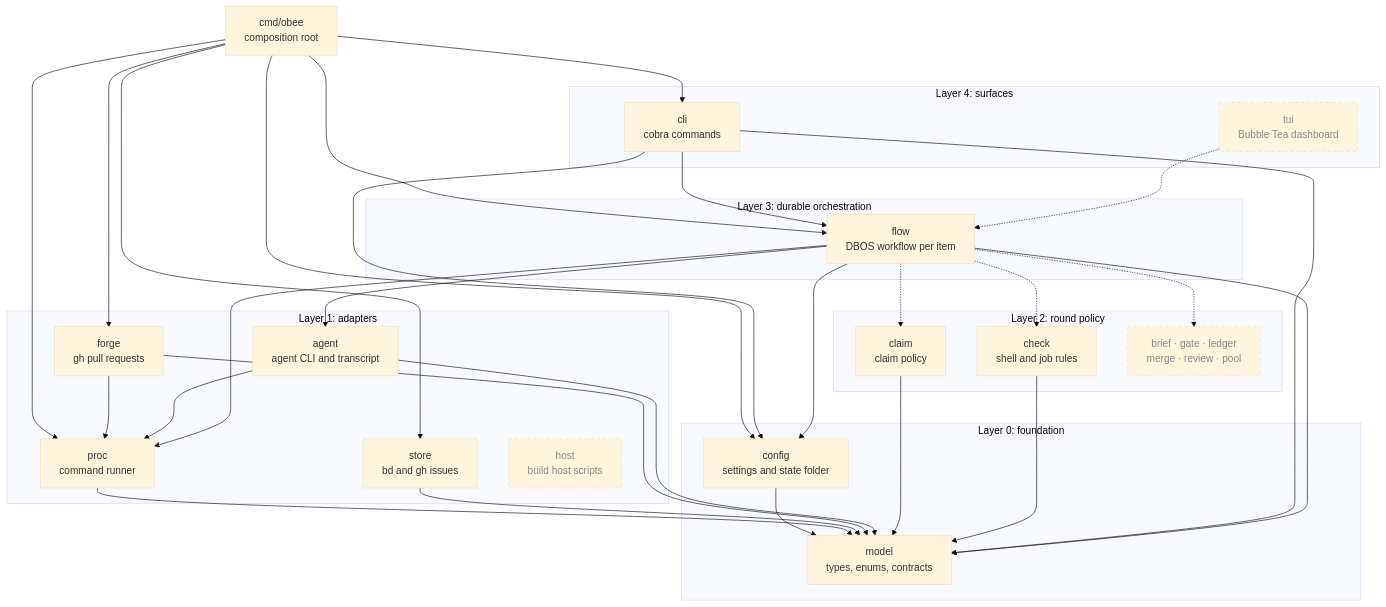
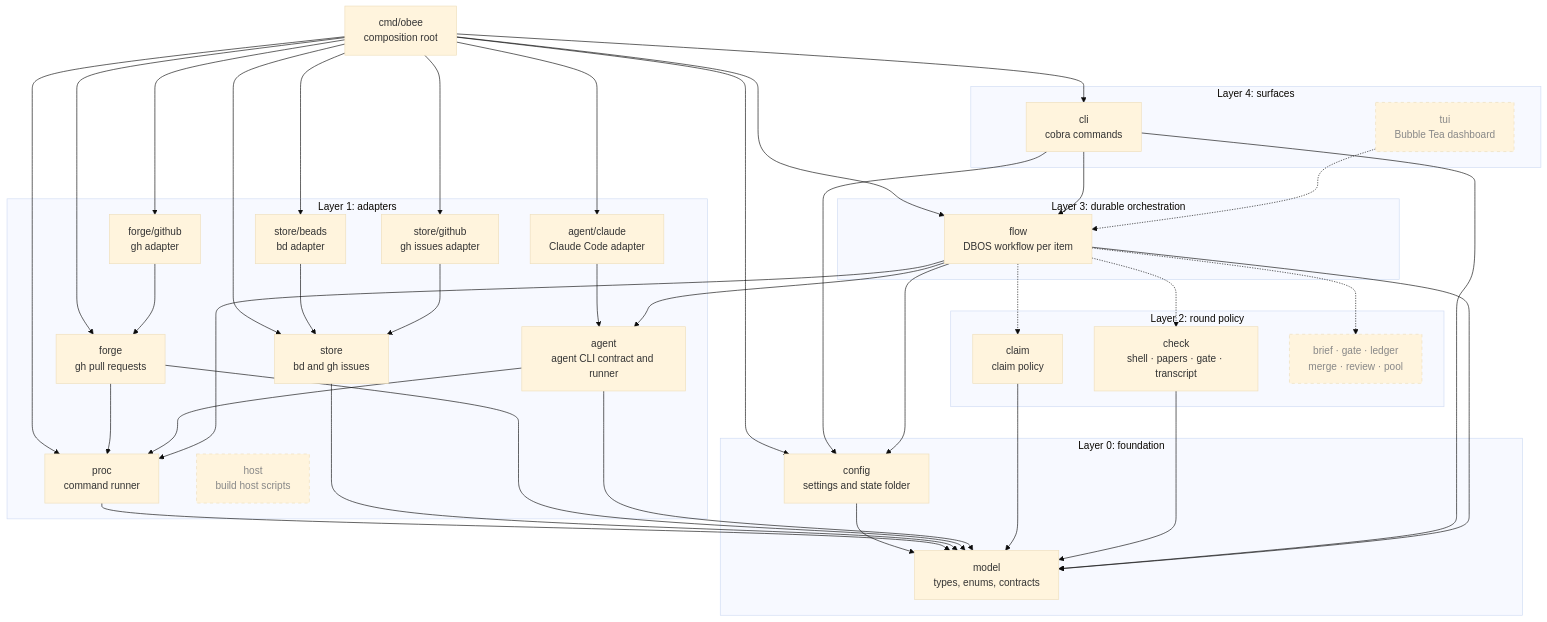
Before and after one commit to tobocop2/beehave: the first of 3 diagrams in docs/architecture.md, drawn with Mermaid (base theme). The commit also changed other lines of this file and 166 other files, not shown here.

````diff
--- a/docs/architecture.md
+++ b/docs/architecture.md
@@ -11,63 +11,75 @@
 ```mermaid
 flowchart TD
     main["cmd/obee<br/>composition root"]
 
     subgraph L4["Layer 4: surfaces"]
         cli["cli<br/>cobra commands"]
         tui["tui<br/>Bubble Tea dashboard"]:::planned
     end
 
     subgraph L3["Layer 3: durable orchestration"]
         flow["flow<br/>DBOS workflow per item"]
     end
 
     subgraph L2["Layer 2: round policy"]
         claim["claim<br/>claim policy"]
-        check["check<br/>shell and job rules"]
+        check["check<br/>shell · papers · gate · transcript"]
         policy["brief · gate · ledger<br/>merge · review · pool"]:::planned
     end
 
     subgraph L1["Layer 1: adapters"]
         store["store<br/>bd and gh issues"]
         forge["forge<br/>gh pull requests"]
-        agent["agent<br/>agent CLI and transcript"]
+        agent["agent<br/>agent CLI contract and runner"]
+        claude["agent/claude<br/>Claude Code adapter"]
+        beads["store/beads<br/>bd adapter"]
+        ghissues["store/github<br/>gh issues adapter"]
+        ghforge["forge/github<br/>gh adapter"]
         proc["proc<br/>command runner"]
         host["host<br/>build host scripts"]:::planned
     end
 
     subgraph L0["Layer 0: foundation"]
         config["config<br/>settings and state folder"]
         model["model<br/>types, enums, contracts"]
     end
 
     main --> cli
     main --> config
     main --> store
     main --> forge
     main --> proc
     cli --> config
     forge --> proc
     agent --> proc
+    claude --> agent
+    main --> claude
+    main --> beads
+    main --> ghissues
+    main --> ghforge
+    beads --> store
+    ghissues --> store
+    ghforge --> forge
     config --> model
     proc --> model
     store --> model
     forge --> model
     agent --> model
     claim --> model
     check --> model
     cli --> model
 
     main --> flow
     cli --> flow
     flow --> agent
     flow --> config
     flow --> proc
     flow --> model
 
     tui -.-> flow
     flow -.-> claim
     flow -.-> check
     flow -.-> policy
 
     classDef planned stroke-dasharray: 5 5,color:#888
 ```
````
